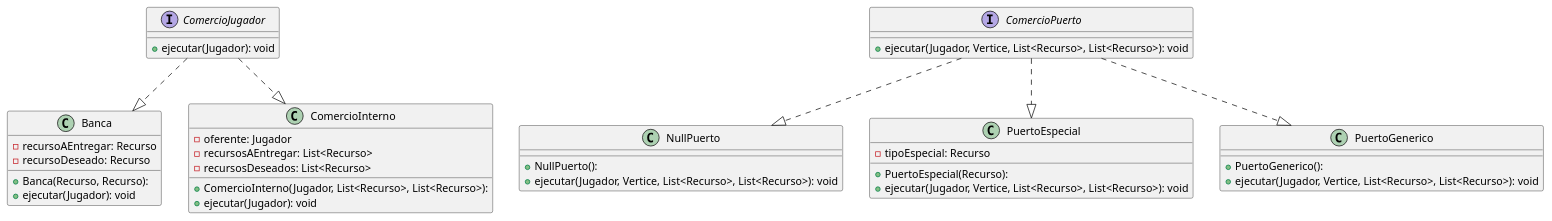
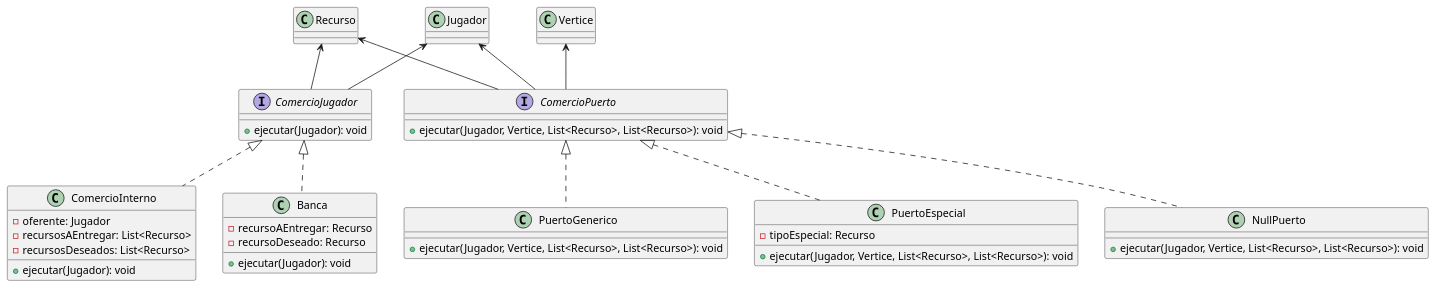
Before and after one commit to ValeSolArroyo/TP2-Catan: the diagram in diagrams/classes/comercio.puml, drawn with PlantUML. The commit also changed 21 other files, not shown here.

Commit message:
nuevos diagramas y arregle un test

```diff
--- a/diagrams/classes/comercio.puml
+++ b/diagrams/classes/comercio.puml
@@ -1,49 +1,53 @@
 @startuml
 
 interface ComercioJugador {
-  + ejecutar(Jugador): void
+    + ejecutar(Jugador): void
 }
 
 class Banca {
     - recursoAEntregar: Recurso
     - recursoDeseado: Recurso
-    + Banca(Recurso, Recurso): 
+
     + ejecutar(Jugador): void
 }
 
 class ComercioInterno {
     - oferente: Jugador
     - recursosAEntregar: List<Recurso>
     - recursosDeseados: List<Recurso>
-    + ComercioInterno(Jugador, List<Recurso>, List<Recurso>): 
+
     + ejecutar(Jugador): void
 }
 
 interface ComercioPuerto {
     + ejecutar(Jugador, Vertice, List<Recurso>, List<Recurso>): void
 }
 
-class NullPuerto {
-    + NullPuerto(): 
+class PuertoGenerico {
     + ejecutar(Jugador, Vertice, List<Recurso>, List<Recurso>): void
 }
 
 class PuertoEspecial {
     - tipoEspecial: Recurso
-    + PuertoEspecial(Recurso): 
+
     + ejecutar(Jugador, Vertice, List<Recurso>, List<Recurso>): void
 }
 
-class PuertoGenerico {
-    + PuertoGenerico(): 
+class NullPuerto {
     + ejecutar(Jugador, Vertice, List<Recurso>, List<Recurso>): void
 }
 
-ComercioJugador ..|> Banca
-ComercioJugador ..|> ComercioInterno
+ComercioJugador <|.. Banca
+ComercioJugador <|.. ComercioInterno
 
-ComercioPuerto ..|> NullPuerto
-ComercioPuerto ..|> PuertoEspecial
-ComercioPuerto ..|> PuertoGenerico 
+ComercioPuerto <|.. PuertoGenerico
+ComercioPuerto <|.. PuertoEspecial
+ComercioPuerto <|.. NullPuerto
+
+Jugador <-- ComercioJugador
+Jugador <-- ComercioPuerto
+Vertice <-- ComercioPuerto
+Recurso <-- ComercioJugador
+Recurso <-- ComercioPuerto
 
 @enduml
```
